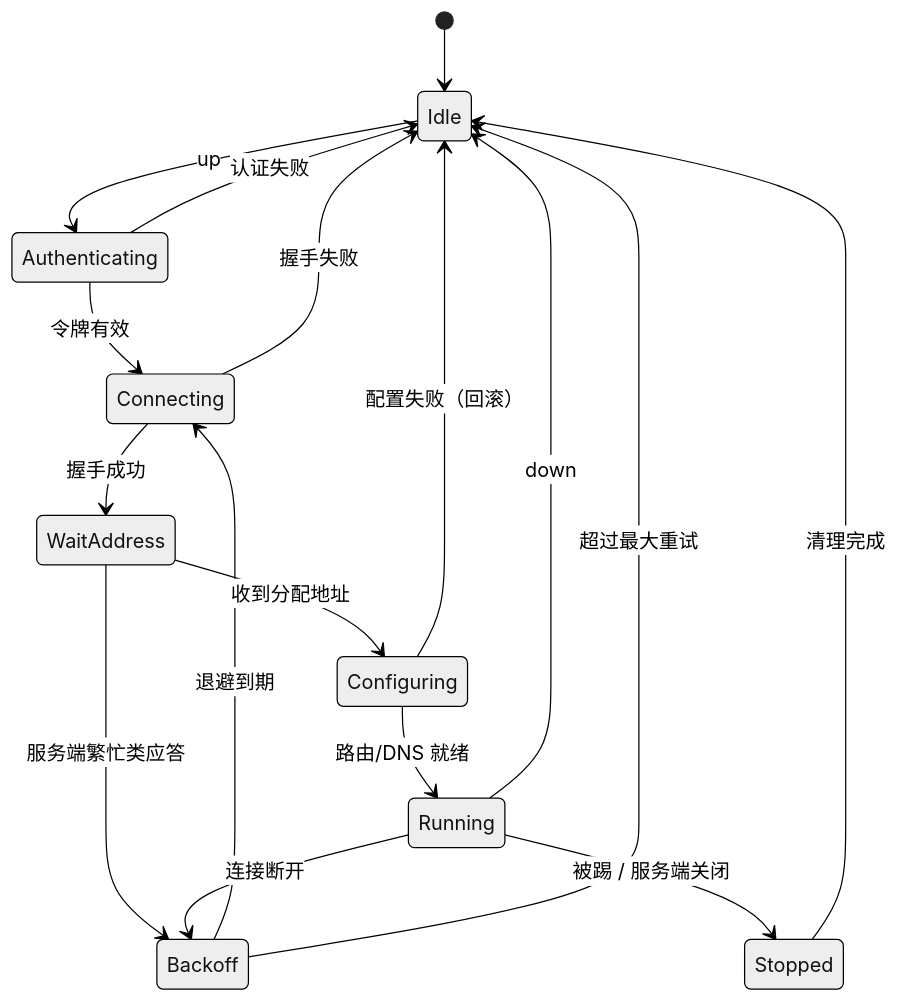
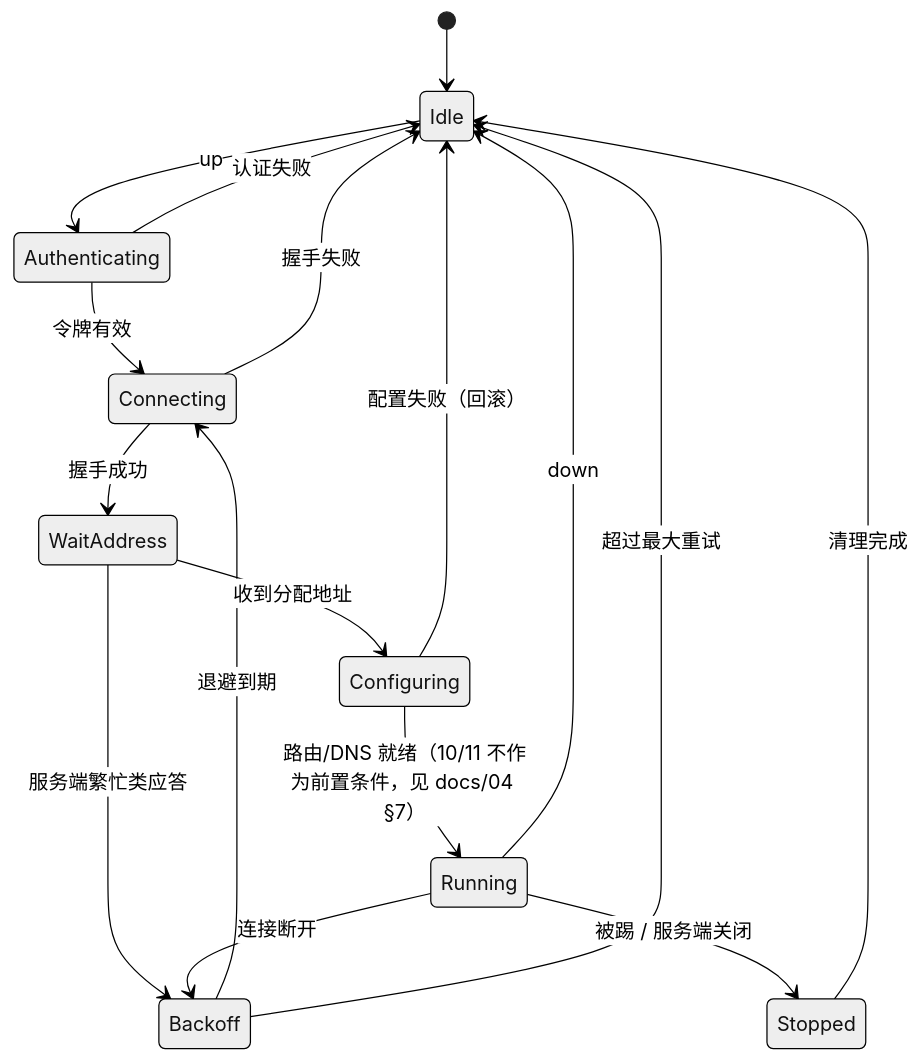
One commit to Sh-Fang/vpnkit changed the second of 2 diagrams in docs/01-architecture.md. Above: the diagram before and after it, drawn with Mermaid (neutral theme). The commit also changed other lines of this file and 11 other files, not shown here.

````diff
--- a/docs/01-architecture.md
+++ b/docs/01-architecture.md
@@ -70,19 +70,19 @@
 ```mermaid
 stateDiagram-v2
   [*] --> Idle
   Idle --> Authenticating: up
   Authenticating --> Connecting: 令牌有效
   Authenticating --> Idle: 认证失败
   Connecting --> WaitAddress: 握手成功
   Connecting --> Idle: 握手失败
   WaitAddress --> Configuring: 收到分配地址
   WaitAddress --> Backoff: 服务端繁忙类应答
-  Configuring --> Running: 路由/DNS 就绪
+  Configuring --> Running: 路由/DNS 就绪（10/11 不作为前置条件，见 docs/04 §7）
   Configuring --> Idle: 配置失败（回滚）
   Running --> Backoff: 连接断开
   Running --> Stopped: 被踢 / 服务端关闭
   Backoff --> Connecting: 退避到期
   Backoff --> Idle: 超过最大重试
   Stopped --> Idle: 清理完成
   Running --> Idle: down
 ```
````
